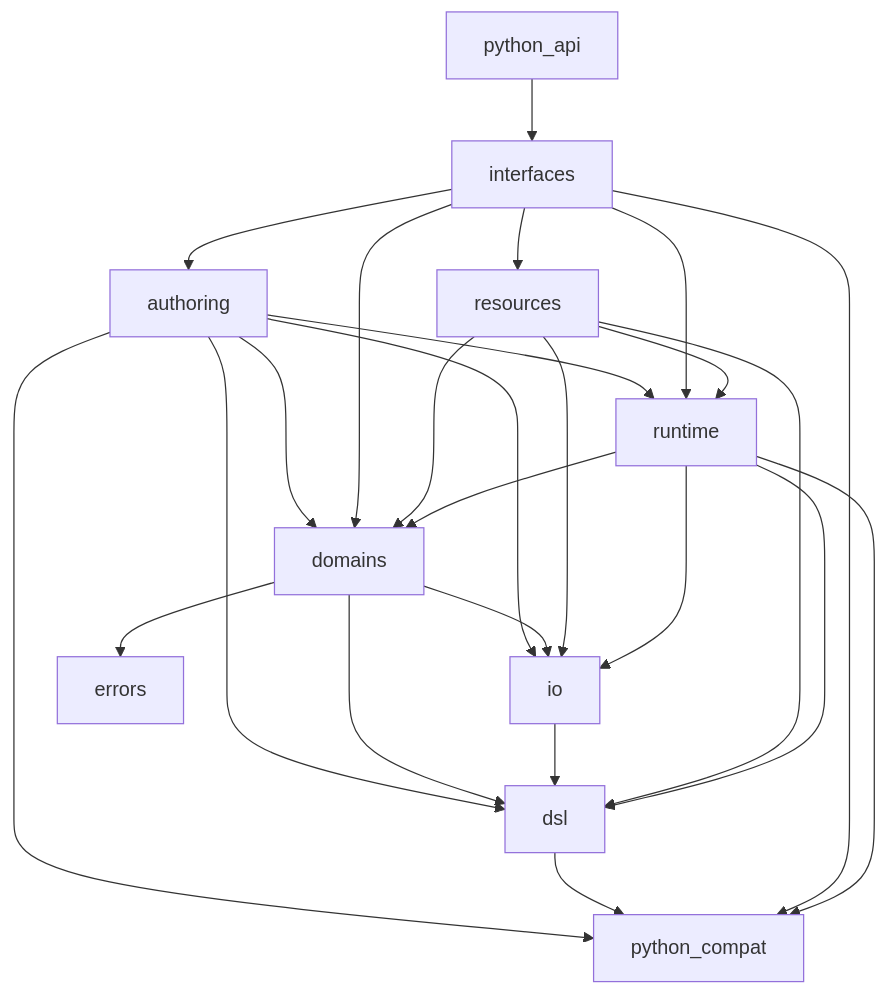
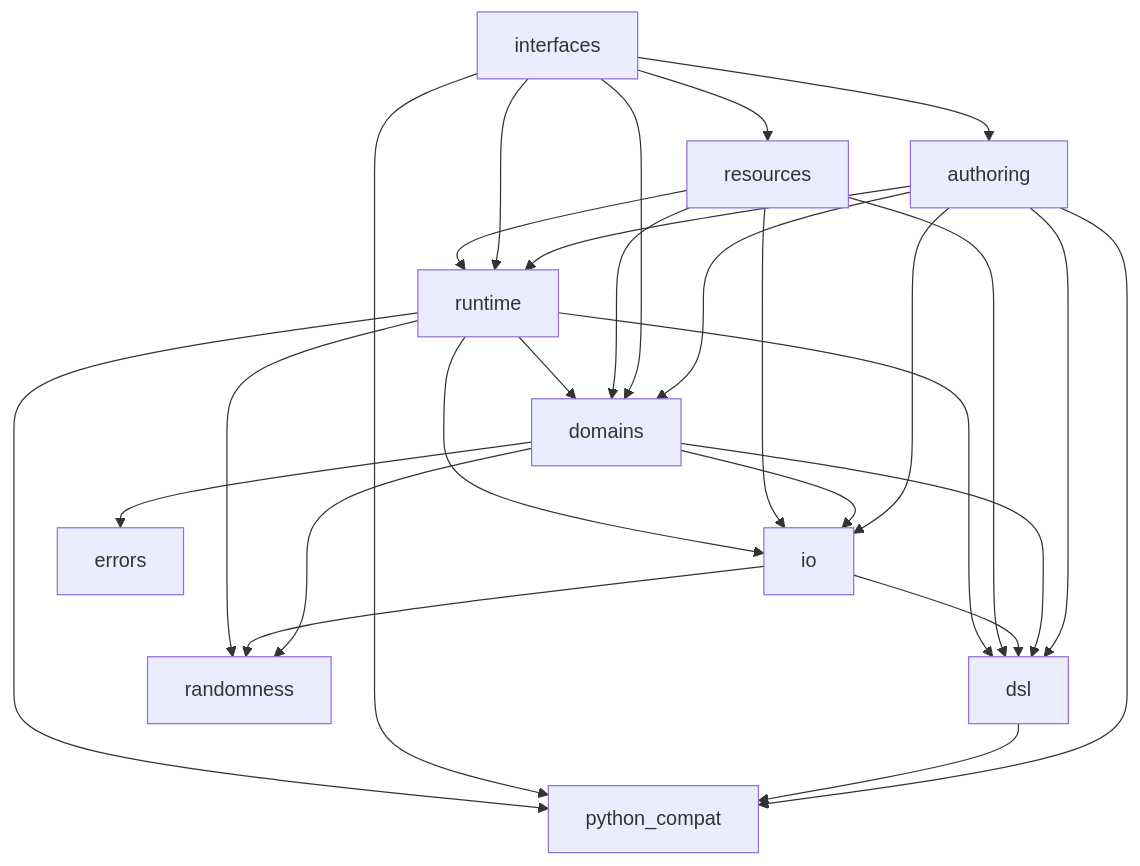
Before and after one commit to rapiddweller/datamimic: the first of 2 diagrams in docs/architecture/refactoring-study/experiment-2/target-architecture.md, drawn with Mermaid. The commit also changed other lines of this file and 1 other file, not shown here.

Commit message:
Sync architecture graphs

````diff
--- a/docs/architecture/refactoring-study/experiment-2/target-architecture.md
+++ b/docs/architecture/refactoring-study/experiment-2/target-architecture.md
@@ -54,27 +54,29 @@
 ```mermaid
 graph TD
     authoring --> domains
     authoring --> dsl
     authoring --> io
     authoring --> python_compat
     authoring --> runtime
     domains --> dsl
     domains --> errors
     domains --> io
+    domains --> randomness
     dsl --> python_compat
     interfaces --> authoring
     interfaces --> domains
     interfaces --> python_compat
     interfaces --> resources
     interfaces --> runtime
     io --> dsl
-    python_api --> interfaces
+    io --> randomness
     resources --> domains
     resources --> dsl
     resources --> io
     resources --> runtime
     runtime --> domains
     runtime --> dsl
     runtime --> io
+    runtime --> randomness
     runtime --> python_compat
 ```
````
